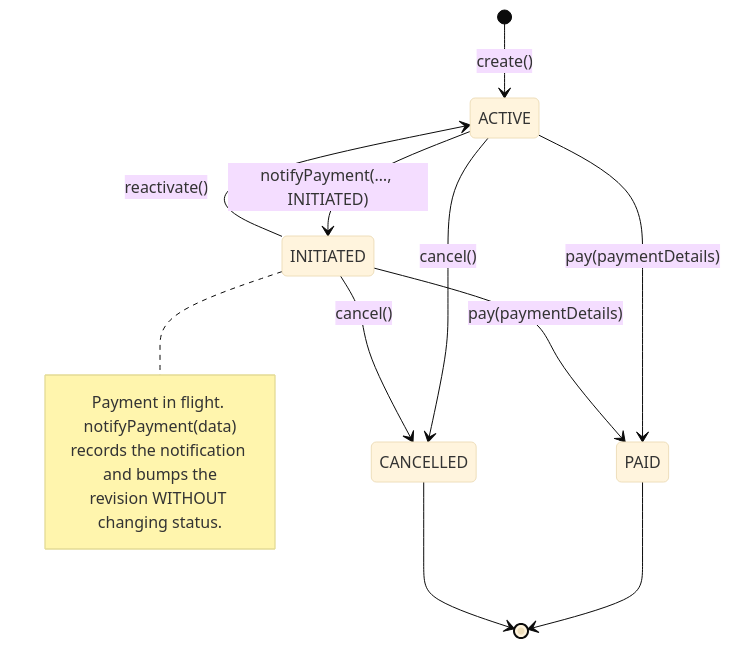
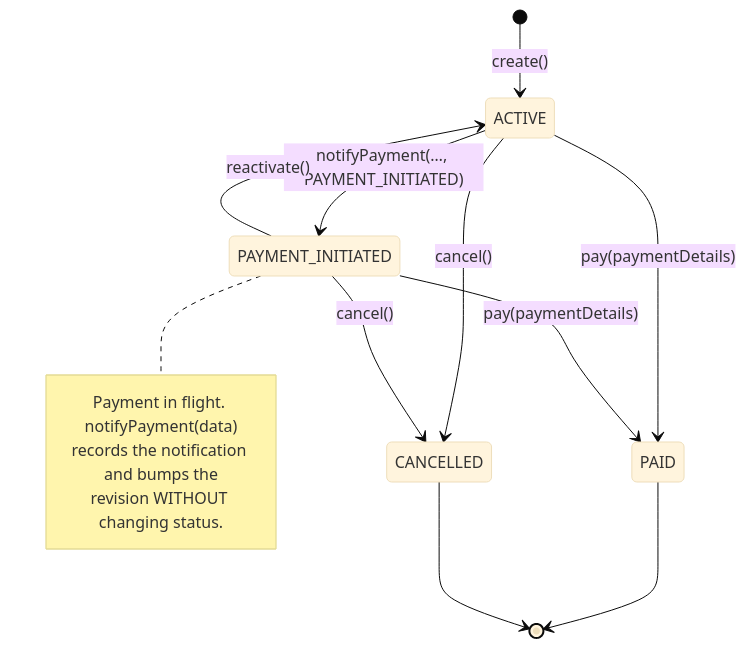
One commit to matera-inc/x9.150-qrcode changed the first of 2 diagrams in STATE-MACHINE.md. Above: the diagram before and after it, drawn with Mermaid (base theme). The commit also changed other lines of this file and 4 other files, not shown here.

````diff
--- a/STATE-MACHINE.md
+++ b/STATE-MACHINE.md
@@ -39,22 +39,22 @@
 ```mermaid
 stateDiagram-v2
     [*] --> ACTIVE : create()
 
-    ACTIVE --> INITIATED : notifyPayment(…, INITIATED)
-    INITIATED --> ACTIVE : reactivate()
+    ACTIVE --> PAYMENT_INITIATED : notifyPayment(…, PAYMENT_INITIATED)
+    PAYMENT_INITIATED --> ACTIVE : reactivate()
 
     ACTIVE --> PAID : pay(paymentDetails)
-    INITIATED --> PAID : pay(paymentDetails)
+    PAYMENT_INITIATED --> PAID : pay(paymentDetails)
 
     ACTIVE --> CANCELLED : cancel()
-    INITIATED --> CANCELLED : cancel()
+    PAYMENT_INITIATED --> CANCELLED : cancel()
 
     PAID --> [*]
     CANCELLED --> [*]
 
-    note right of INITIATED
+    note right of PAYMENT_INITIATED
         Payment in flight. notifyPayment(data)
         records the notification and bumps the
         revision WITHOUT changing status.
     end note
 ```
````
